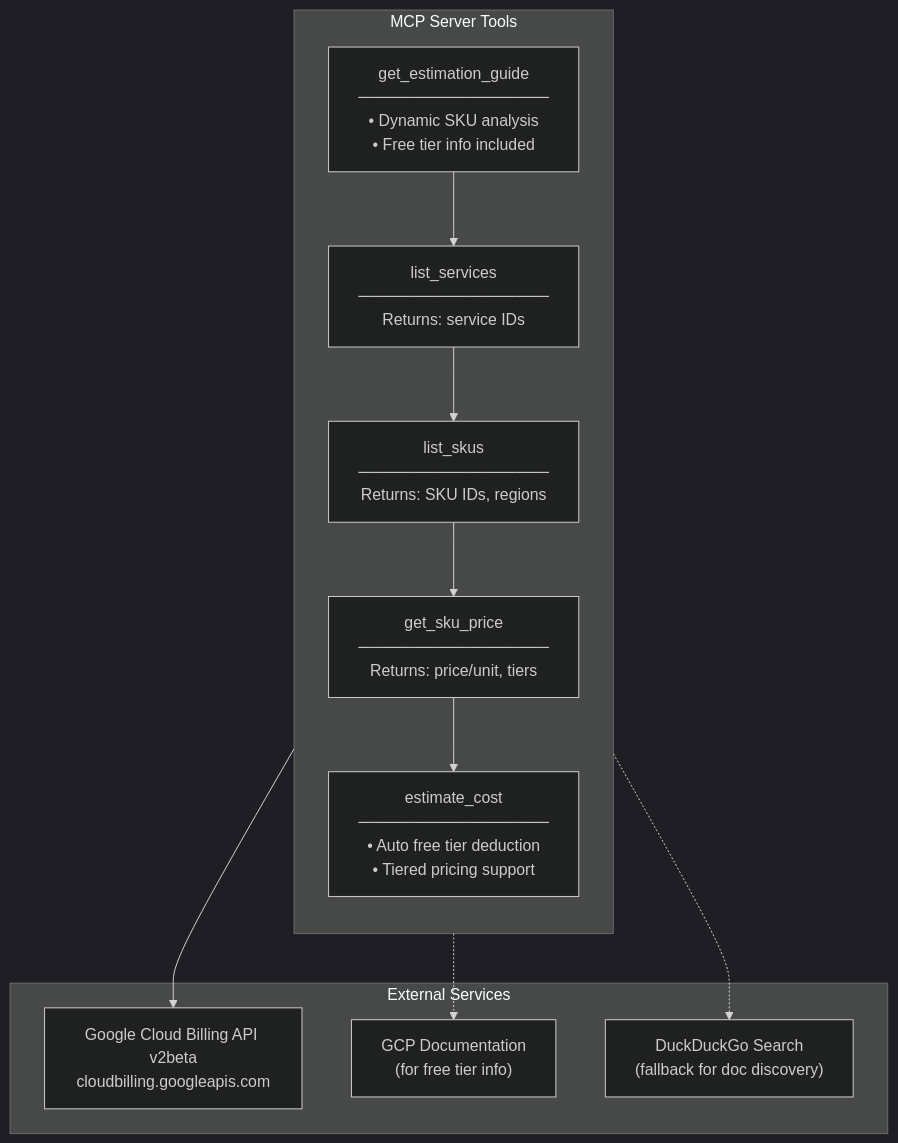
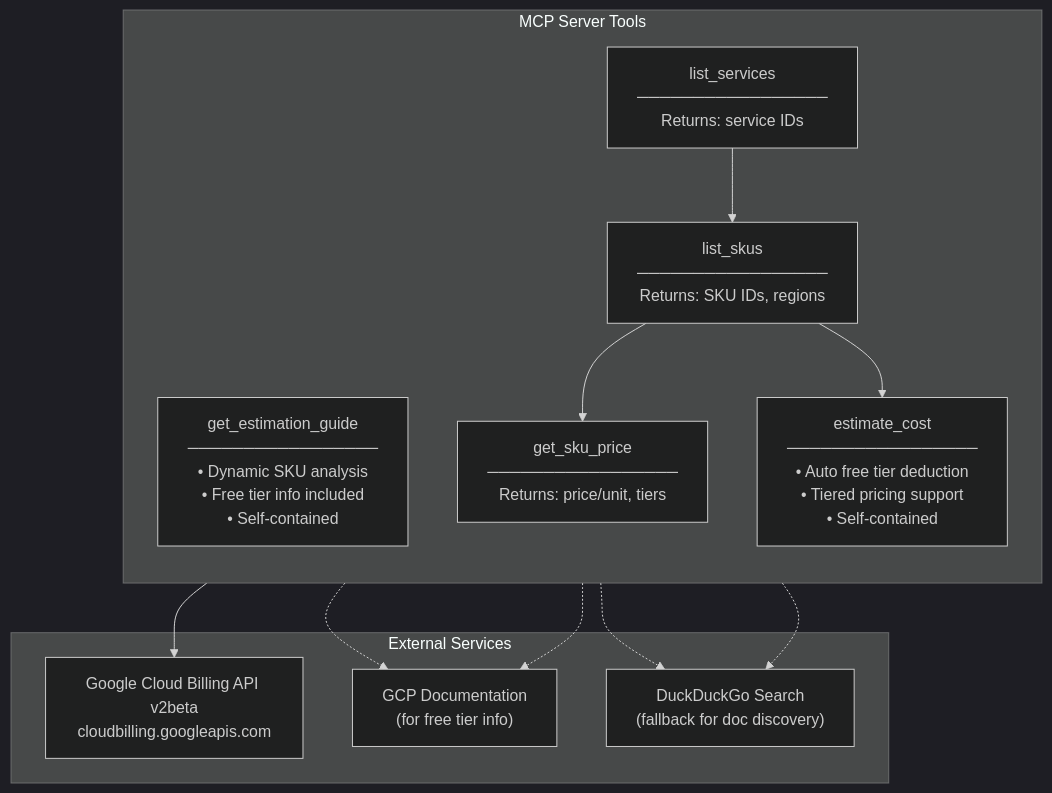
One commit to nozomi-koborinai/gcp-cost-mcp-server changed the second of 3 diagrams in README.md. Above: the diagram before and after it, drawn with Mermaid (dark theme). The commit also changed other lines of this file, not shown here.

Commit message:
docs: replace sequential workflow with tool relationship diagram

````diff
--- a/README.md
+++ b/README.md
@@ -376,28 +377,29 @@
 ```mermaid
 flowchart TB
     subgraph MCP["MCP Server Tools"]
         direction TB
-        
-        Guide["get_estimation_guide<br/>─────────────────<br/>• Dynamic SKU analysis<br/>• Free tier info included"]
-        
+
+        Guide["get_estimation_guide<br/>─────────────────<br/>• Dynamic SKU analysis<br/>• Free tier info included<br/>• Self-contained"]
+
         Services["list_services<br/>─────────────────<br/>Returns: service IDs"]
         SKUs["list_skus<br/>─────────────────<br/>Returns: SKU IDs, regions"]
         Price["get_sku_price<br/>─────────────────<br/>Returns: price/unit, tiers"]
-        Cost["estimate_cost<br/>─────────────────<br/>• Auto free tier deduction<br/>• Tiered pricing support"]
-        
-        Guide --> Services
+        Cost["estimate_cost<br/>─────────────────<br/>• Auto free tier deduction<br/>• Tiered pricing support<br/>• Self-contained"]
+
         Services --> SKUs
         SKUs --> Price
-        Price --> Cost
+        SKUs --> Cost
     end
-    
+
     subgraph External["External Services"]
         Billing["Google Cloud Billing API v2beta<br/>cloudbilling.googleapis.com"]
         Docs["GCP Documentation<br/>(for free tier info)"]
         DDG["DuckDuckGo Search<br/>(fallback for doc discovery)"]
     end
-    
+
     MCP --> Billing
     Guide -.-> Docs
     Guide -.-> DDG
+    Cost -.-> Docs
+    Cost -.-> DDG
 ```
````
